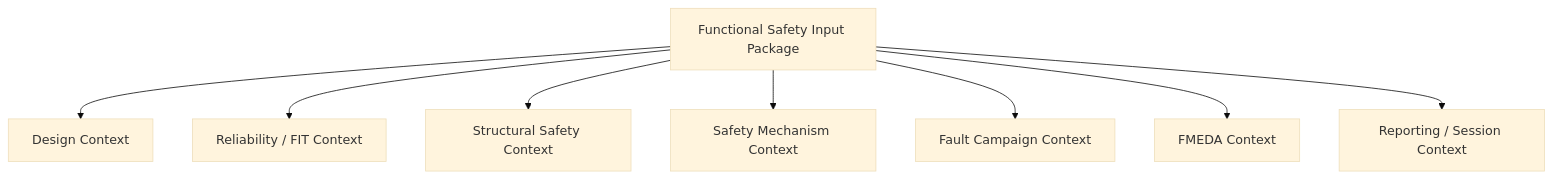
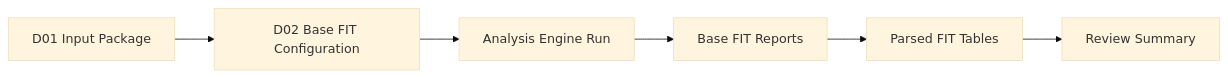
Before and after one commit to qiqixixi1001/automotive-safeic-practice: the third of 6 diagrams in articles/02_automotive_safeic_practice_d02_github_en_generic.md, drawn with Mermaid (base theme). The commit also changed other lines of this file, not shown here.

````diff
--- a/articles/02_automotive_safeic_practice_d02_github_en_generic.md
+++ b/articles/02_automotive_safeic_practice_d02_github_en_generic.md
@@ -184,11 +349,8 @@
 ```mermaid
-flowchart TD
-    A[Functional Safety Input Package]
-    A --> B[Design Context]
-    A --> C[Reliability / FIT Context]
-    A --> D[Structural Safety Context]
-    A --> E[Safety Mechanism Context]
-    A --> F[Fault Campaign Context]
-    A --> G[FMEDA Context]
-    A --> H[Reporting / Session Context]
+flowchart LR
+    A[D01 Input Package] --> B[D02 Base FIT Configuration]
+    B --> C[Analysis Engine Run]
+    C --> D[Base FIT Reports]
+    D --> E[Parsed FIT Tables]
+    E --> F[Review Summary]
 ```
````
